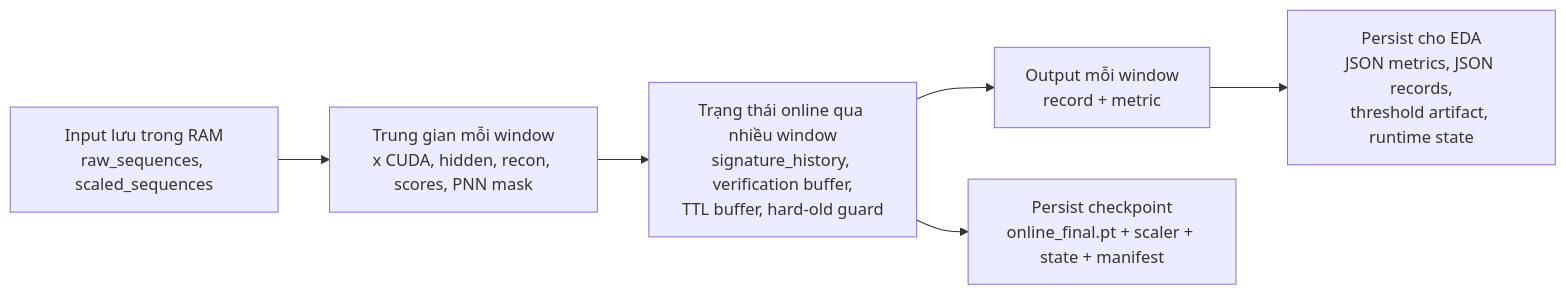
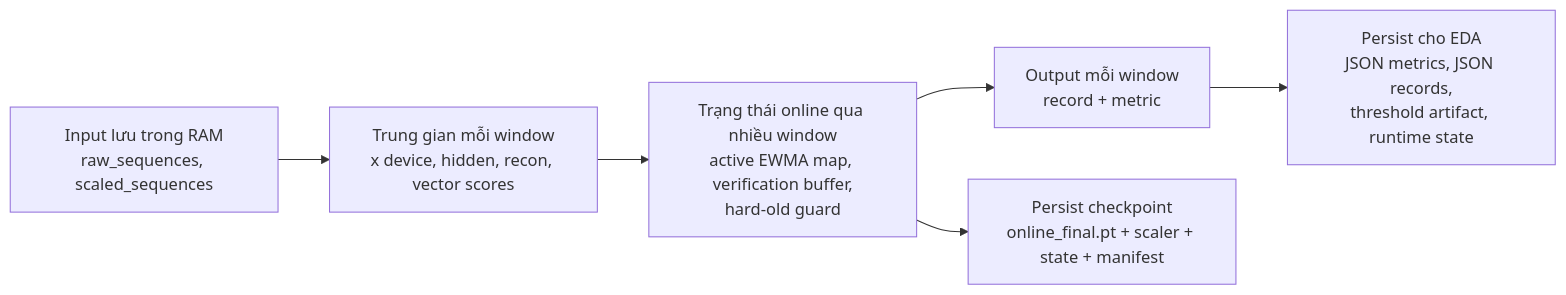
The third of 3 diagrams in documents/notes/thesis_online_tta_prepare_event_runtime_and_data_flow.md (TheMetaSetter/bachelor-thesis-2026), drawn with Mermaid before and after one commit. The commit also changed other lines of this file and 151 other files, not shown here.

````diff
--- a/documents/notes/thesis_online_tta_prepare_event_runtime_and_data_flow.md
+++ b/documents/notes/thesis_online_tta_prepare_event_runtime_and_data_flow.md
@@ -81,12 +85,12 @@
 ```mermaid
 flowchart LR
     IN["Input lưu trong RAM<br/>raw_sequences, scaled_sequences"]
-    MID["Trung gian mỗi window<br/>x CUDA, hidden, recon, scores, PNN mask"]
-    STATE["Trạng thái online qua nhiều window<br/>signature_history, verification buffer,<br/>TTL buffer, hard-old guard"]
+    MID["Trung gian mỗi window<br/>x device, hidden, recon, vector scores"]
+    STATE["Trạng thái online qua nhiều window<br/>active EWMA map, verification buffer,<br/>hard-old guard"]
     OUT["Output mỗi window<br/>record + metric"]
     EDA["Persist cho EDA<br/>JSON metrics, JSON records,<br/>threshold artifact, runtime state"]
     CKPT["Persist checkpoint<br/>online_final.pt + scaler + state + manifest"]
 
     IN --> MID --> STATE --> OUT --> EDA
     STATE --> CKPT
 ```
````
